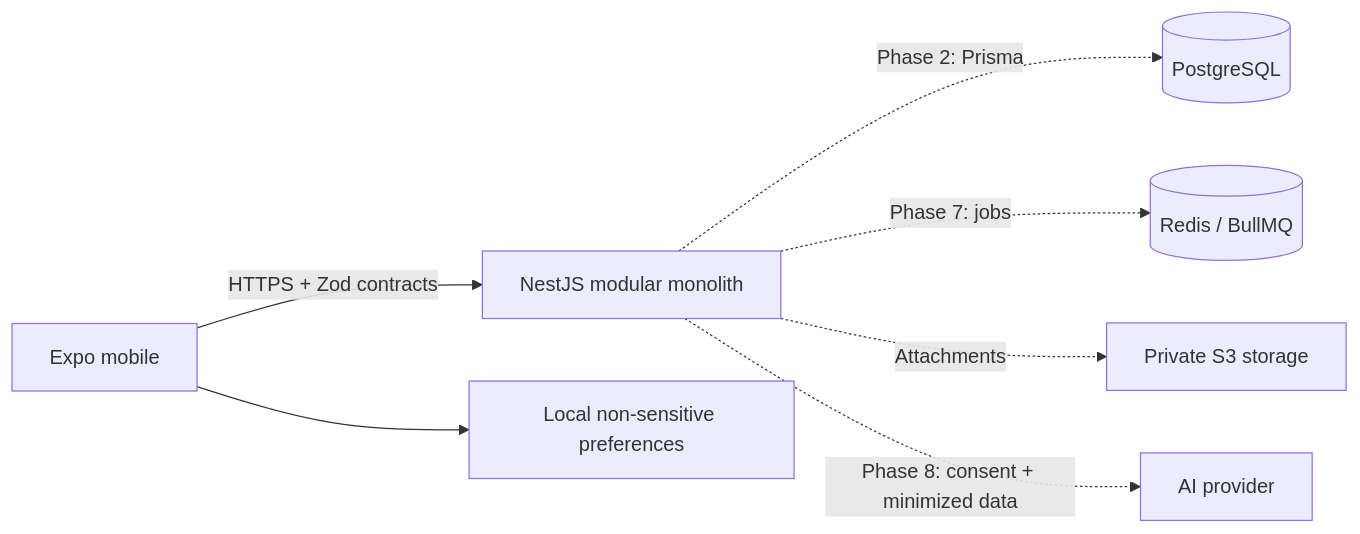
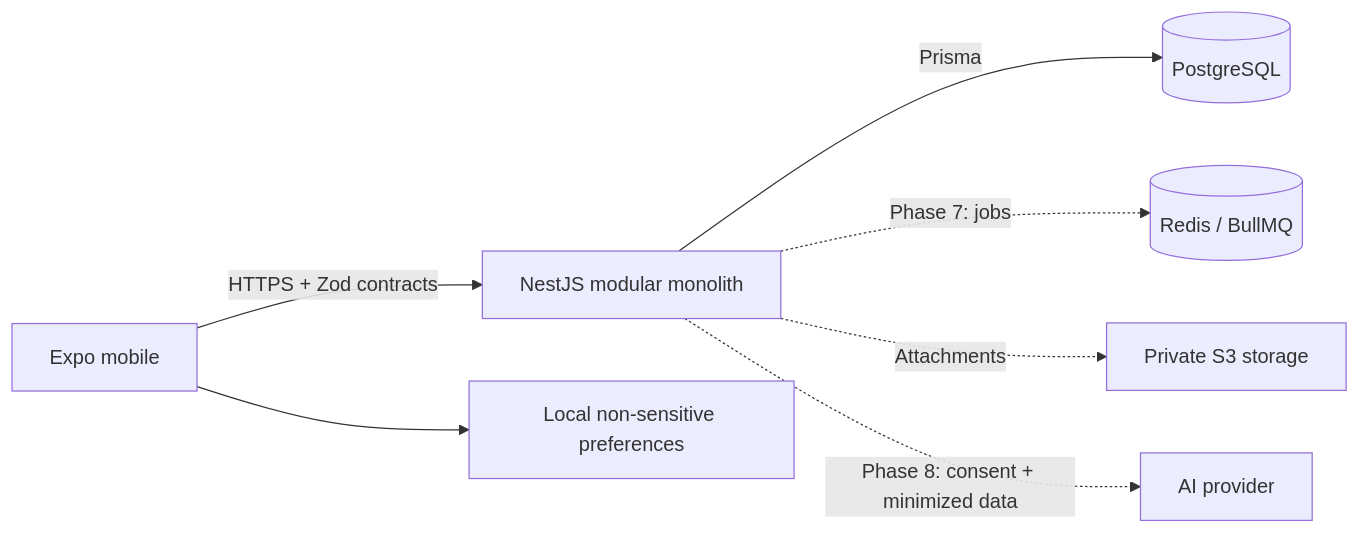
One commit to vrascode/fintrack-pro changed the diagram in ARCHITECTURE.md. Above: the diagram before and after it, drawn with Mermaid. The commit also changed other lines of this file and 6 other files, not shown here.

````diff
--- a/ARCHITECTURE.md
+++ b/ARCHITECTURE.md
@@ -31,9 +34,9 @@
 ```mermaid
 flowchart LR
   Mobile[Expo mobile] -->|HTTPS + Zod contracts| API[NestJS modular monolith]
   Mobile --> Preferences[Local non-sensitive preferences]
-  API -. Phase 2: Prisma .-> PG[(PostgreSQL)]
+  API -->|Prisma| PG[(PostgreSQL)]
   API -. Phase 7: jobs .-> Redis[(Redis / BullMQ)]
   API -. Attachments .-> S3[Private S3 storage]
   API -. Phase 8: consent + minimized data .-> AI[AI provider]
 ```
````
